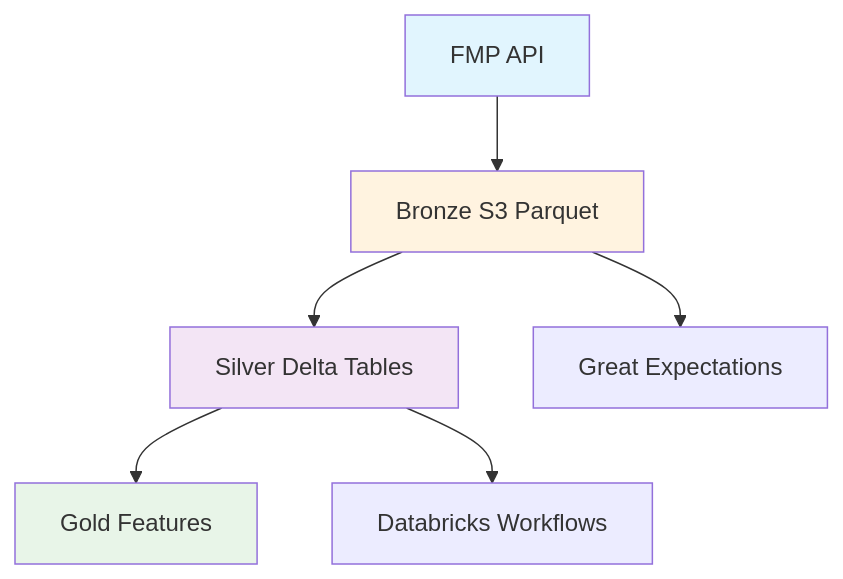
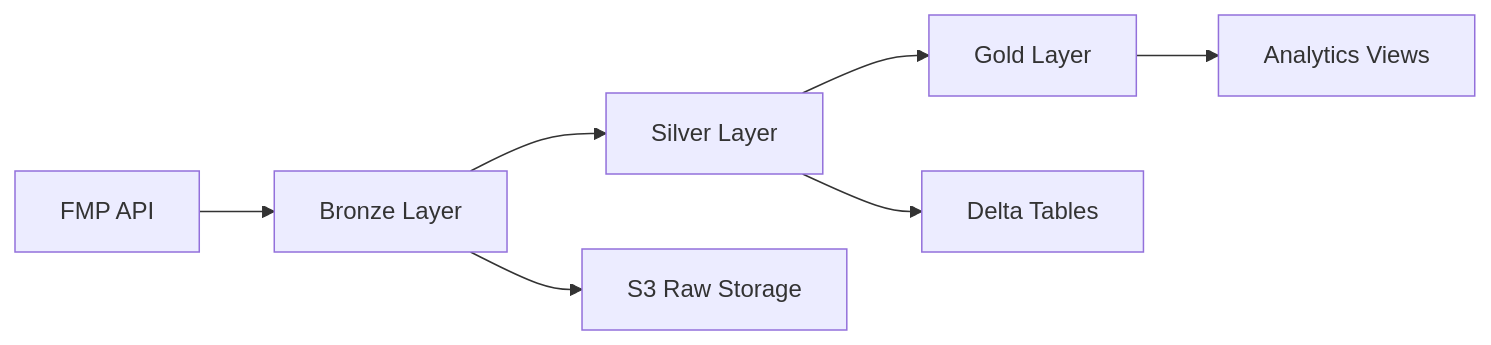
One commit to MateoClagg/E2E-Stock-Data-Pipeline changed the diagram in README.md. Above: the diagram before and after it, drawn with Mermaid. The commit also changed other lines of this file and 9 other files, not shown here.

````diff
--- a/README.md
+++ b/README.md
@@ -12,14 +49,9 @@
 ```mermaid
-graph TD
-    A[FMP API] --> B[Bronze S3 Parquet]
-    B --> C[Silver Delta Tables]
-    C --> D[Gold Features]
-    
-    B --> E[Great Expectations]
-    C --> F[Databricks Workflows]
-    
-    style A fill:#e1f5fe
-    style B fill:#fff3e0
-    style C fill:#f3e5f5
-    style D fill:#e8f5e8
+graph LR
+    A[FMP API] --> B[Bronze Layer]
+    B --> C[Silver Layer] 
+    C --> D[Gold Layer]
+    B --> E[S3 Raw Storage]
+    C --> F[Delta Tables]
+    D --> G[Analytics Views]
 ```
````
